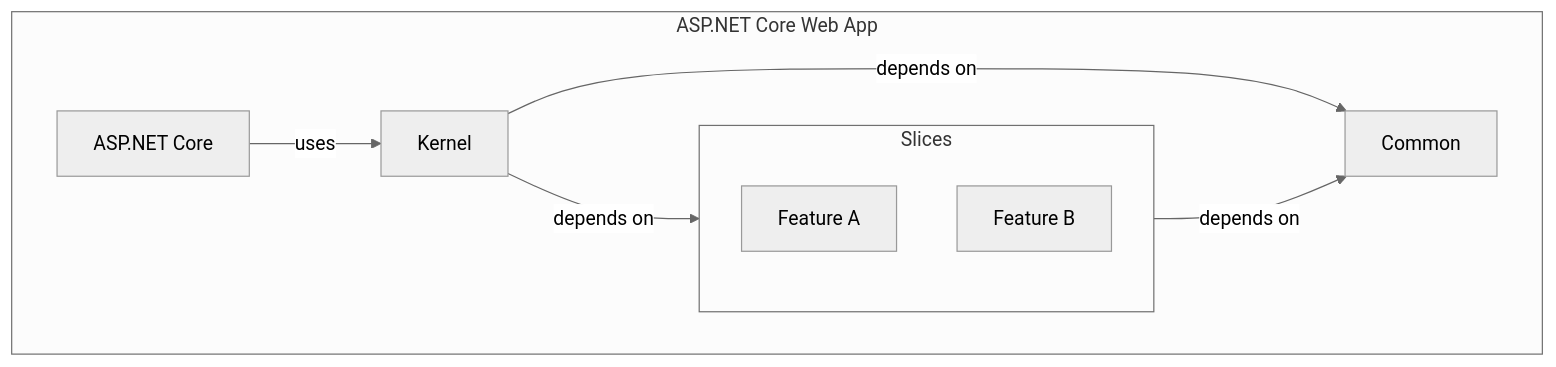
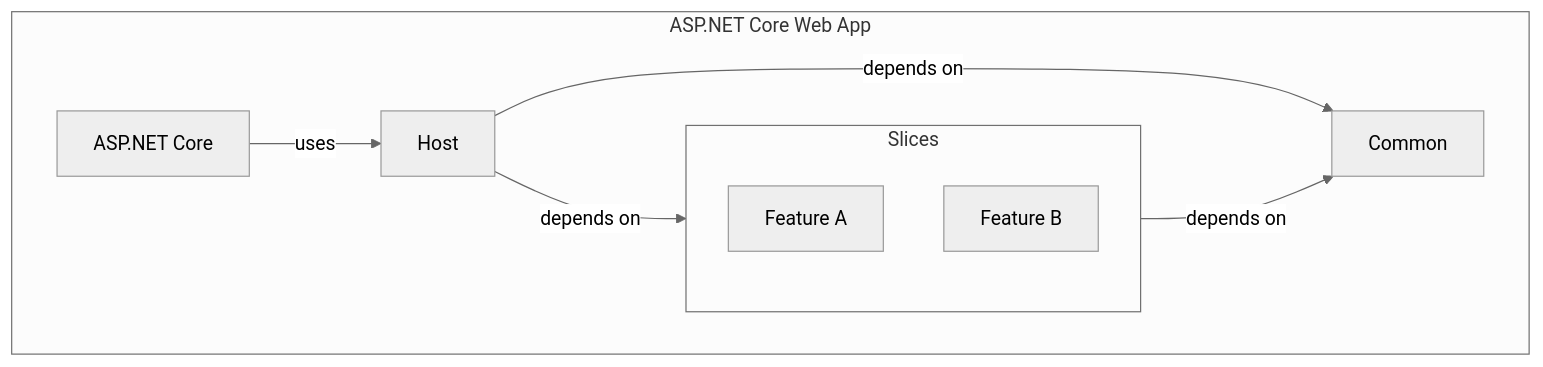
The diagram in README.md (SSWConsulting/SSW.VerticalSliceArchitecture), drawn with Mermaid (neutral theme) before and after one commit. The commit also changed 4 other files, not shown here.

Commit message:
♻️ Rename Kernel to Host for better clarity

````diff
--- a/README.md
+++ b/README.md
@@ -73,15 +73,15 @@
 ```mermaid
 graph TD;
     subgraph ASP.NET Core Web App
         subgraph Slices
             A[Feature A]
             B[Feature B]
         end
         Slices --> |depends on| Common
-        Kernel --> |depends on| Common
-        Kernel --> |depends on| Slices
-        ASPNETCore[ASP.NET Core] --> |uses| Kernel
+        Host --> |depends on| Common
+        Host --> |depends on| Slices
+        ASPNETCore[ASP.NET Core] --> |uses| Host
     end
 
     Common[Common]
 ```
````
